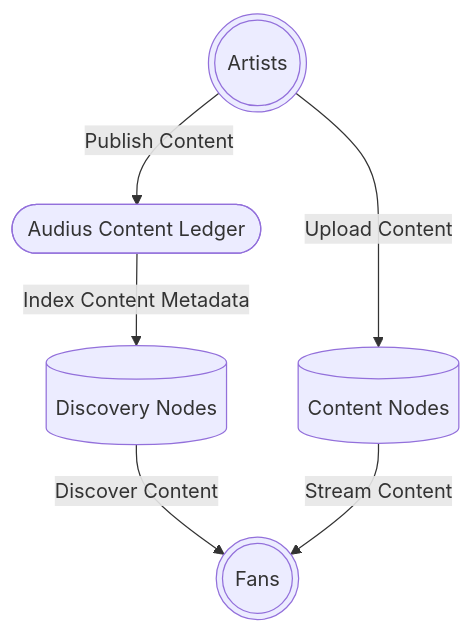
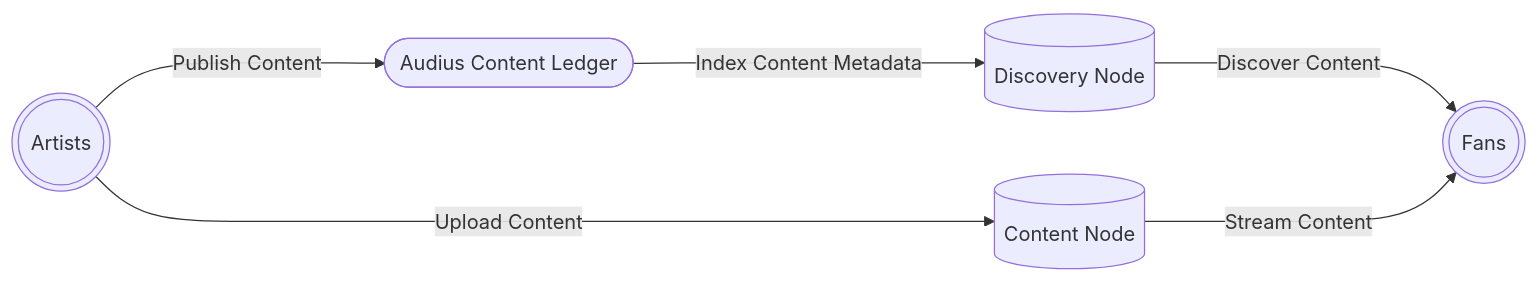
One commit to AudiusProject/audius-protocol changed the diagram in docs/docs/learn/concepts/protocol.mdx. Above: the diagram before and after it, drawn with Mermaid. The commit also changed other lines of this file and 11 other files, not shown here.

````diff
--- a/docs/docs/learn/concepts/protocol.mdx
+++ b/docs/docs/learn/concepts/protocol.mdx
@@ -25,5 +25,10 @@
 ```mermaid
-flowchart TD
-  A(((Artists)))-->|Publish Content|B([Audius Content Ledger])-->|Index Content Metadata|D[(Discovery Nodes)]-->|Discover Content|F;
-  A(((Artists)))-->|Upload Content|C[(Content Nodes)]-->|Stream Content|F(((Fans)));
+flowchart LR
+  A(((Artists)))--->|Publish Content|B([Audius Content Ledger])
+  B--->|Index Content Metadata|D[(Discovery Node)];
+  D--->|Discover Content|F;
+  A(((Artists)))--->|Upload Content|C[(Content Node)];
+  C--->|Stream Content|F(((Fans)));
+  click C href "/learn/architecture/content-node"
+  click D href "/learn/architecture/discovery-node"
 ```
````
